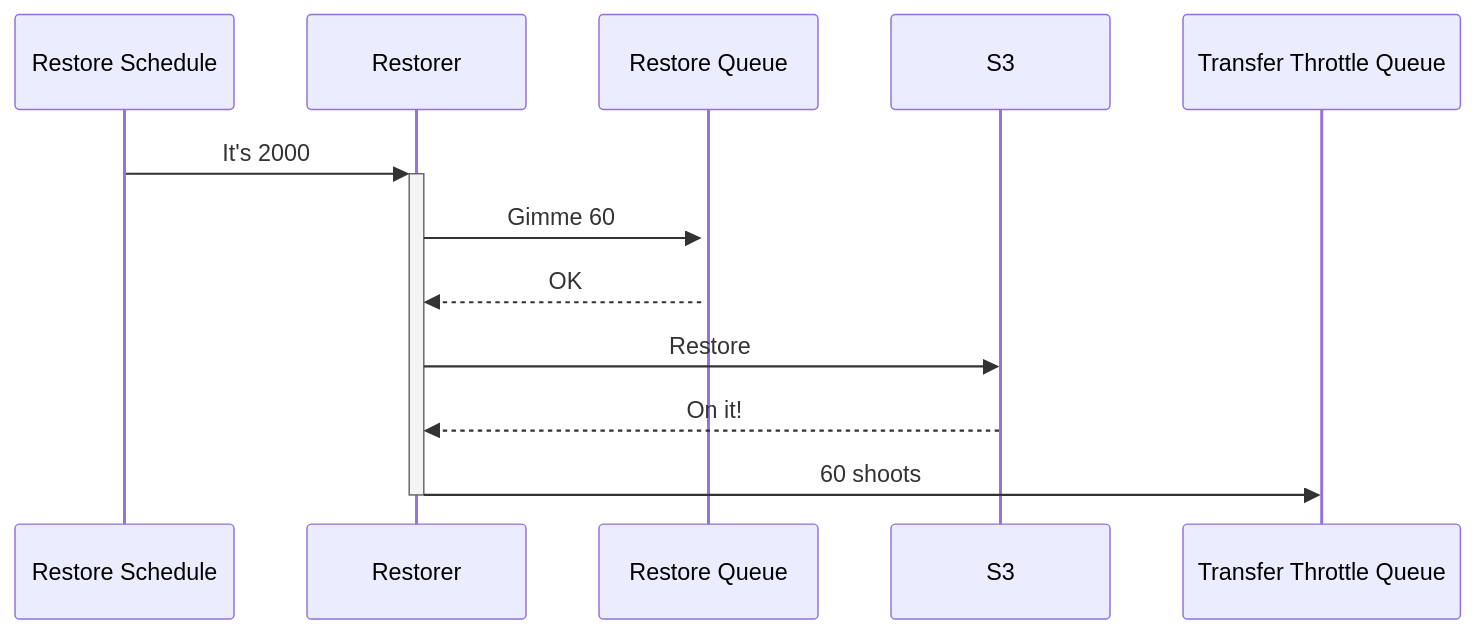
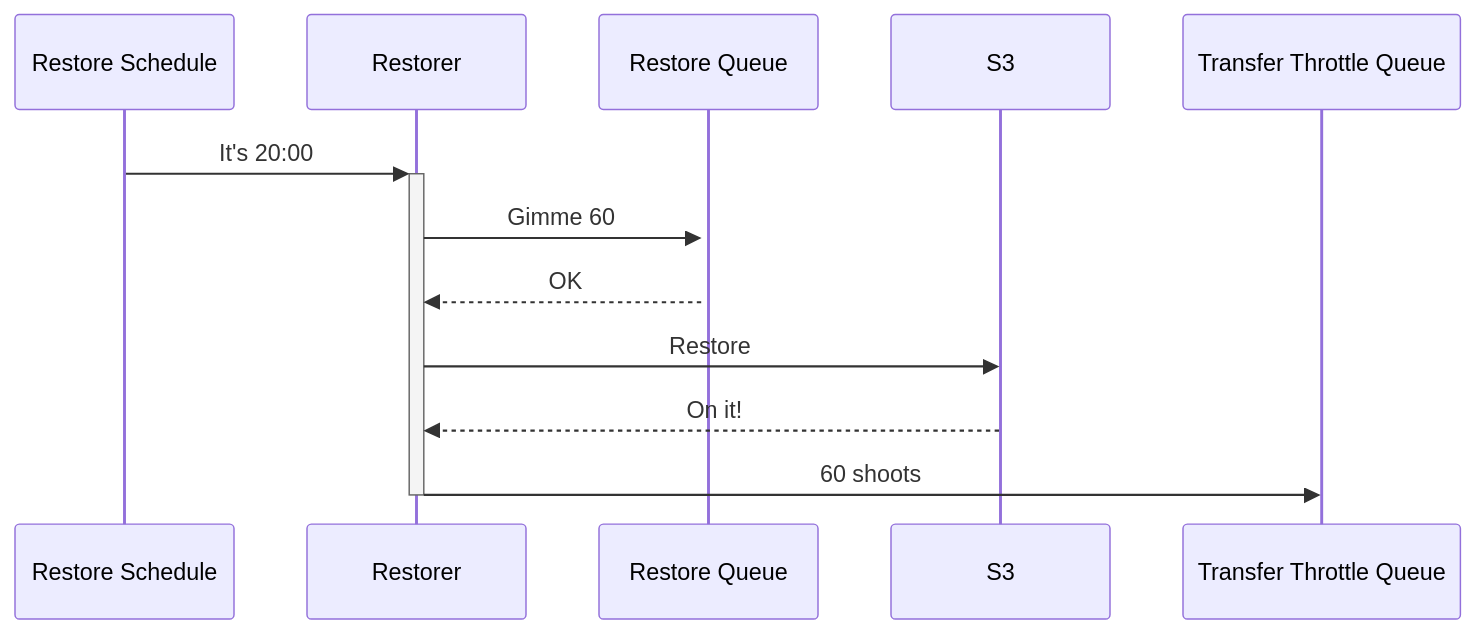
Before and after one commit to wellcomecollection/editorial-photography-ingest: the first of 2 diagrams in terraform/README.md, drawn with Mermaid. The commit also changed other lines of this file and 2 other files, not shown here.

Commit message:
update readmes

````diff
--- a/terraform/README.md
+++ b/terraform/README.md
@@ -10,9 +10,9 @@
 ```mermaid
 sequenceDiagram
-    Restore Schedule->>+Restorer: It's 2000
-    Restorer->>+Restore Queue: Gimme 60
-    Restore Queue -->> Restorer: OK
-    Restorer->>S3:Restore
-    S3 -->>Restorer: On it!
-    Restorer->>-Transfer Throttle Queue:60 shoots
+    Restore Schedule->>+Restorer: It's 20:00;
+    Restorer->>+Restore Queue: Gimme 60;
+    Restore Queue -->> Restorer: OK;
+    Restorer->>S3:Restore;
+    S3 -->>Restorer: On it!;
+    Restorer->>-Transfer Throttle Queue:60 shoots;
 ```
````
